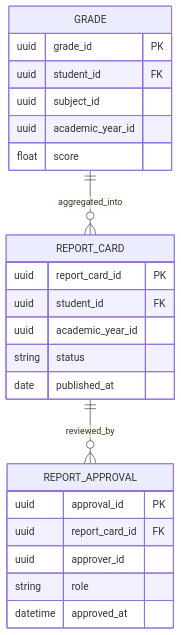
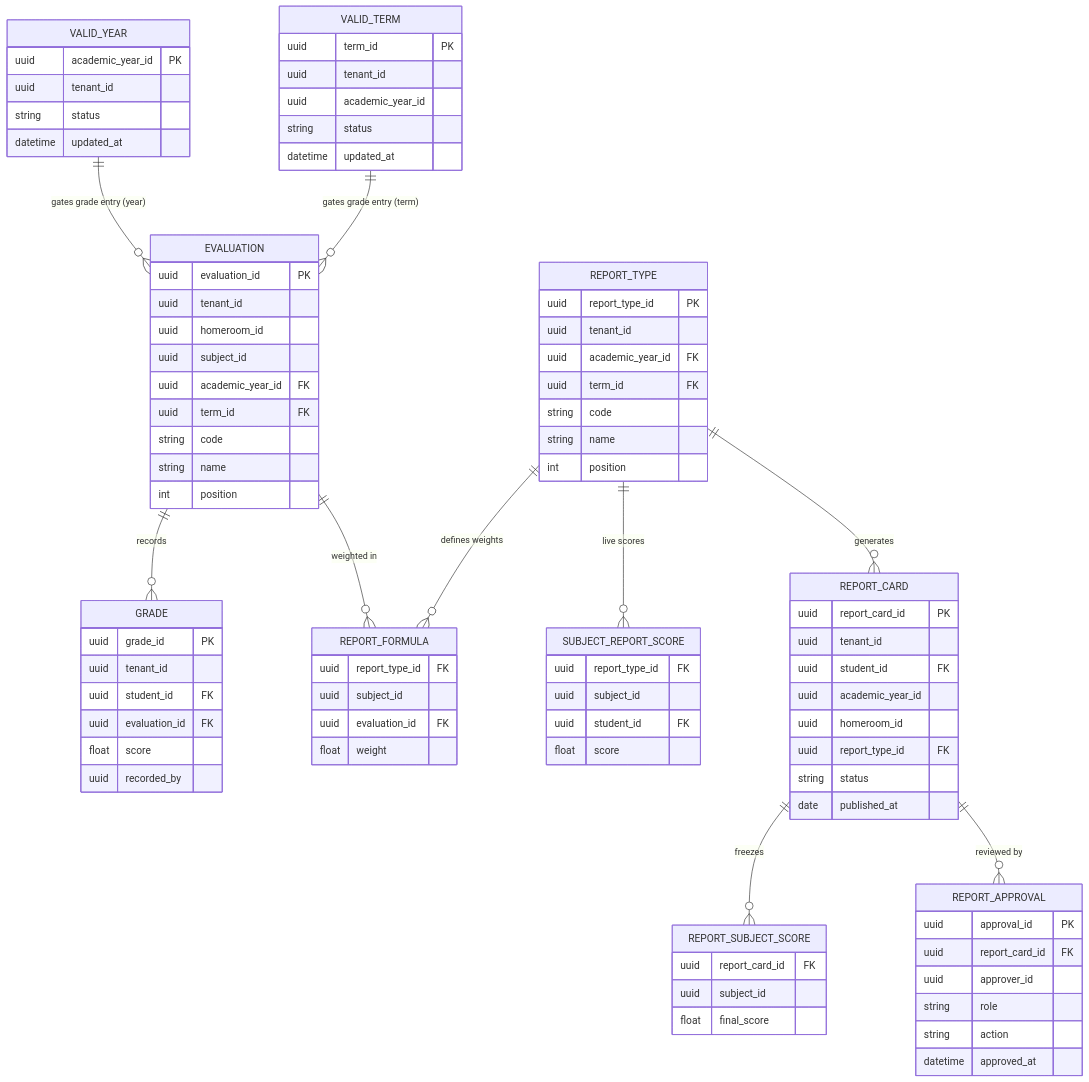
Before and after one commit to protocyber/akademiq: the diagram in docs/internal/10_data_design/06_Grading_Service_ERD.md, drawn with Mermaid. The commit also changed other lines of this file and 12 other files, not shown here.

Commit message:
feat: add academic term - docs, contracts, openspec tasks, submodule updates

````diff
--- a/docs/internal/10_data_design/06_Grading_Service_ERD.md
+++ b/docs/internal/10_data_design/06_Grading_Service_ERD.md
@@ -3,19 +3,80 @@
 ```mermaid
 erDiagram
+VALID_YEAR {
+  uuid academic_year_id PK
+  uuid tenant_id
+  string status
+  datetime updated_at
+}
+
+VALID_TERM {
+  uuid term_id PK
+  uuid tenant_id
+  uuid academic_year_id
+  string status
+  datetime updated_at
+}
+
+EVALUATION {
+  uuid evaluation_id PK
+  uuid tenant_id
+  uuid homeroom_id
+  uuid subject_id
+  uuid academic_year_id FK
+  uuid term_id FK
+  string code
+  string name
+  int position
+}
+
 GRADE {
   uuid grade_id PK
+  uuid tenant_id
   uuid student_id FK
+  uuid evaluation_id FK
+  float score
+  uuid recorded_by
+}
+
+REPORT_TYPE {
+  uuid report_type_id PK
+  uuid tenant_id
+  uuid academic_year_id FK
+  uuid term_id FK
+  string code
+  string name
+  int position
+}
+
+REPORT_FORMULA {
+  uuid report_type_id FK
   uuid subject_id
-  uuid academic_year_id
+  uuid evaluation_id FK
+  float weight
+}
+
+SUBJECT_REPORT_SCORE {
+  uuid report_type_id FK
+  uuid subject_id
+  uuid student_id FK
   float score
 }
 
 REPORT_CARD {
   uuid report_card_id PK
+  uuid tenant_id
   uuid student_id FK
   uuid academic_year_id
+  uuid homeroom_id
+  uuid report_type_id FK
   string status
   date published_at
+}
+
+REPORT_SUBJECT_SCORE {
+  uuid report_card_id FK
+  uuid subject_id
+  float final_score
 }
 
 REPORT_APPROVAL {
@@ -23,9 +84,17 @@
   uuid report_card_id FK
   uuid approver_id
   string role
+  string action
   datetime approved_at
 }
 
-GRADE ||--o{ REPORT_CARD : aggregated_into
-REPORT_CARD ||--o{ REPORT_APPROVAL : reviewed_by
+VALID_YEAR ||--o{ EVALUATION : "gates grade entry (year)"
+VALID_TERM ||--o{ EVALUATION : "gates grade entry (term)"
+EVALUATION ||--o{ GRADE : "records"
+EVALUATION ||--o{ REPORT_FORMULA : "weighted in"
+REPORT_TYPE ||--o{ REPORT_FORMULA : "defines weights"
+REPORT_TYPE ||--o{ SUBJECT_REPORT_SCORE : "live scores"
+REPORT_TYPE ||--o{ REPORT_CARD : "generates"
+REPORT_CARD ||--o{ REPORT_SUBJECT_SCORE : "freezes"
+REPORT_CARD ||--o{ REPORT_APPROVAL : "reviewed by"
 ```
````
